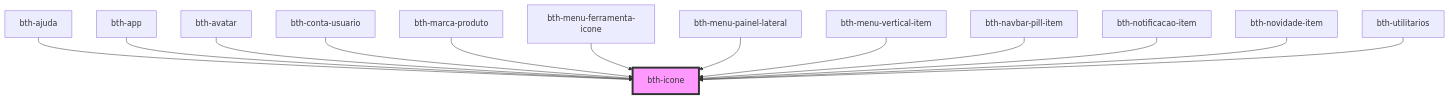
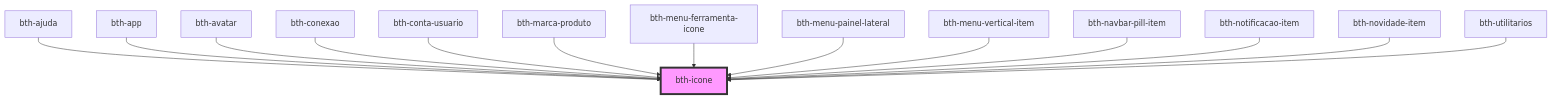
One commit to betha-plataforma/estrutura-componentes changed the diagram in src/components/comuns/icone/readme.md. Above: the diagram before and after it, drawn with Mermaid. The commit also changed other lines of this file and 7 other files, not shown here.

````diff
--- a/src/components/comuns/icone/readme.md
+++ b/src/components/comuns/icone/readme.md
@@ -60,16 +61,17 @@
 ```mermaid
 graph TD;
   bth-ajuda --> bth-icone
   bth-app --> bth-icone
   bth-avatar --> bth-icone
+  bth-conexao --> bth-icone
   bth-conta-usuario --> bth-icone
   bth-marca-produto --> bth-icone
   bth-menu-ferramenta-icone --> bth-icone
   bth-menu-painel-lateral --> bth-icone
   bth-menu-vertical-item --> bth-icone
   bth-navbar-pill-item --> bth-icone
   bth-notificacao-item --> bth-icone
   bth-novidade-item --> bth-icone
   bth-utilitarios --> bth-icone
   style bth-icone fill:#f9f,stroke:#333,stroke-width:4px
 ```
````
